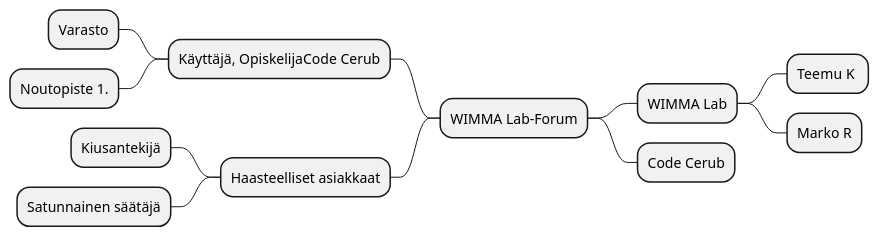
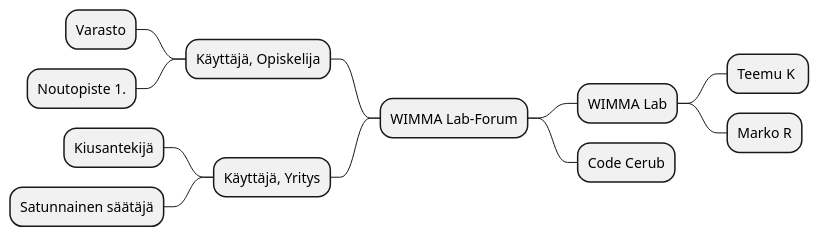
Before and after one commit to ninaleo/S2021-AB5160-core: the first of 6 diagrams in dokumentit/20-Vaatimustenhallinta/vaatimusmaaritely-tiivis.md, drawn with PlantUML.

````diff
--- a/dokumentit/20-Vaatimustenhallinta/vaatimusmaaritely-tiivis.md
+++ b/dokumentit/20-Vaatimustenhallinta/vaatimusmaaritely-tiivis.md
@@ -43,15 +43,15 @@
 ```plantuml
 @startmindmap
 + WIMMA Lab-Forum
 ++ WIMMA Lab
 +++ Teemu K 
 +++ Marko R
 ++ Code Cerub
--- Käyttäjä, OpiskelijaCode Cerub
+-- Käyttäjä, Opiskelija
 --- Varasto
 --- Noutopiste 1.
--- Haasteelliset asiakkaat
+-- Käyttäjä, Yritys
 --- Kiusantekijä
 --- Satunnainen säätäjä
 @endmindmap
 ```
````
